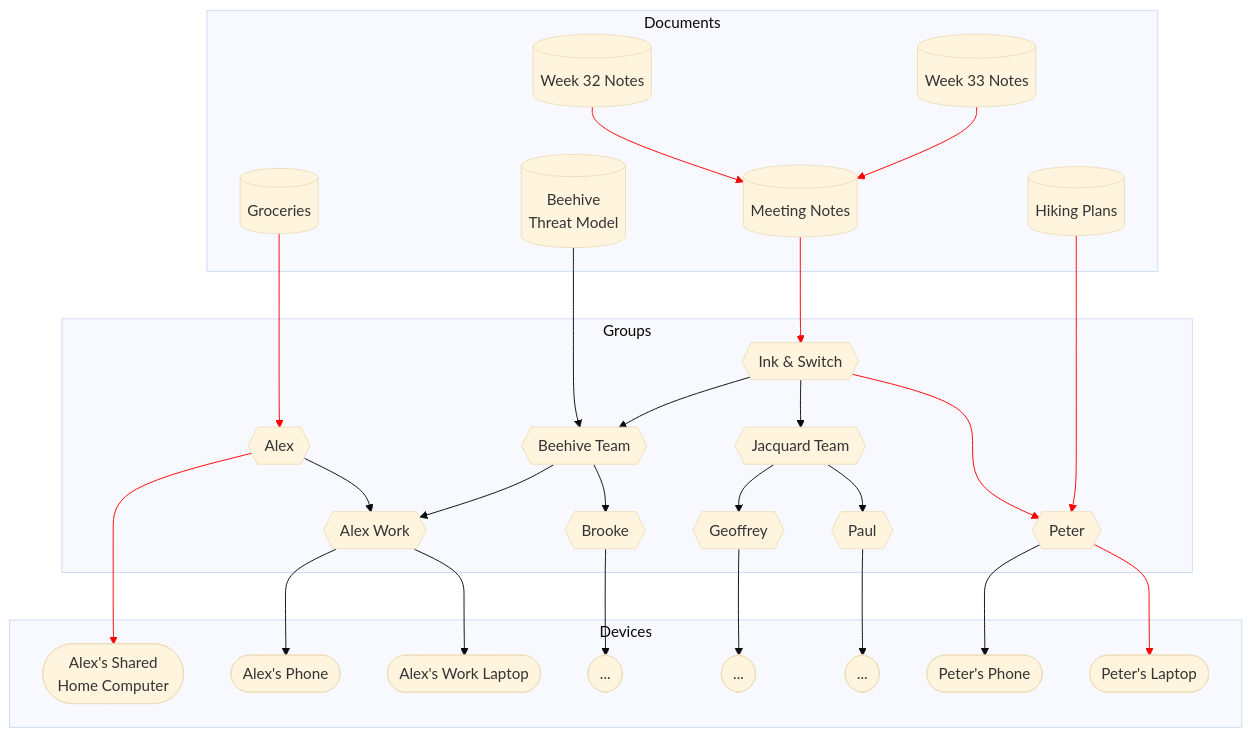
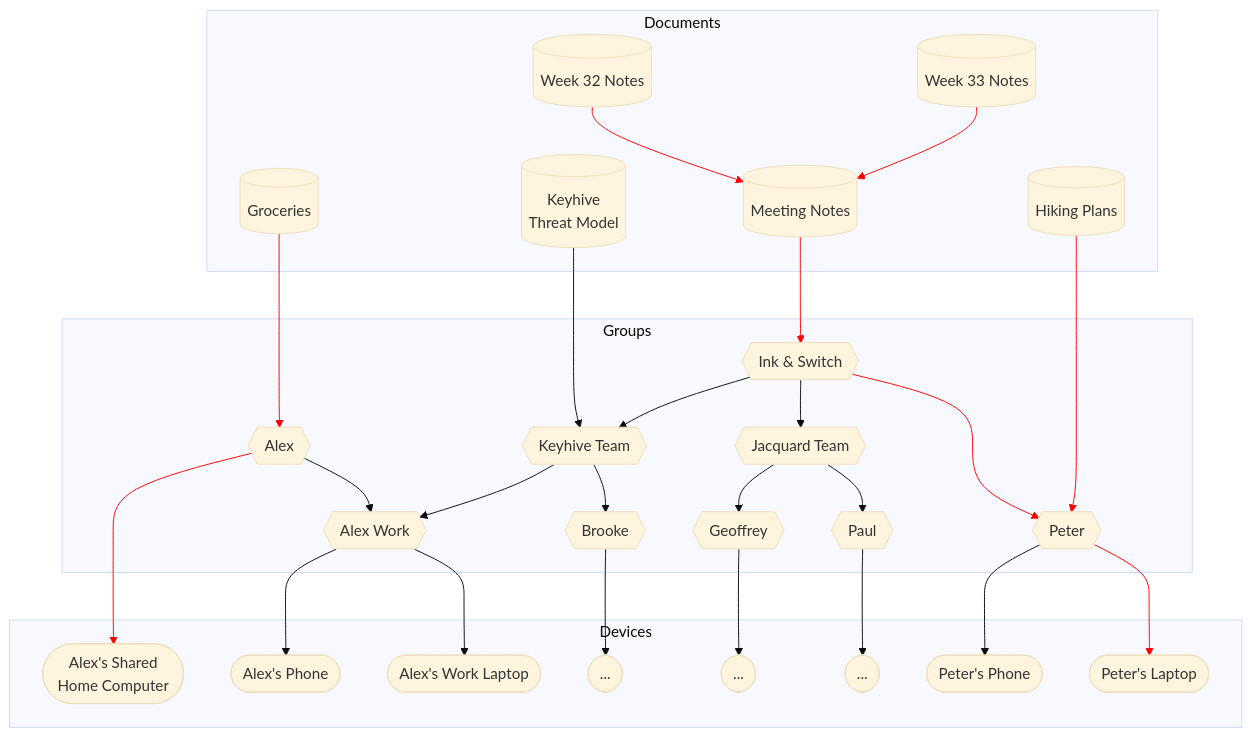
Before and after one commit to inkandswitch/keyhive: the first of 4 diagrams in design/collection_sync.md, drawn with Mermaid (base theme). The commit also changed 184 other files, not shown here.

Commit message:
Beehive -> Keyhive

````diff
--- a/design/collection_sync.md
+++ b/design/collection_sync.md
@@ -19,77 +19,77 @@
 ```mermaid
 flowchart
     subgraph Documents
         groceries[("Groceries")]
 
         hiking_plans[("Hiking Plans")]
-        threat_model[("Beehive\nThreat Model")]
+        threat_model[("Keyhive\nThreat Model")]
         meeting_notes[("Meeting Notes")]
 
         w32[("Week 32 Notes")]
         w33[("Week 33 Notes")]
     end
 
     subgraph Groups
         ias{{"Ink & Switch"}}
-        beehive{{"Beehive Team"}}
+        keyhive{{"Keyhive Team"}}
         jacquard{{"Jacquard Team"}}
 
         ajg{{"Alex"}}
         ajg_work{{"Alex Work"}}
 
         bez{{"Brooke"}}
         gl{{"Geoffrey"}}
         ps{{"Paul"}}
         pvh{{"Peter"}}
     end
 
     subgraph Devices
         alex_home(["Alex's Shared\nHome Computer"])
         alex_phone(["Alex's Phone"])
         alex_laptop(["Alex's Work Laptop"])
 
         bez_devices(["..."])
 
         gl_devices(["..."])
         ps_devices(["..."])
 
         pvh_phone(["Peter's Phone"])
         pvh_laptop(["Peter's Laptop"])
     end
 
     groceries --> ajg
     ajg --> alex_home
 
     ajg --> ajg_work
     ajg_work --> alex_phone
     ajg_work --> alex_laptop
 
     pvh --> pvh_laptop
     pvh --> pvh_phone
 
     bez --> bez_devices
 
     gl --> gl_devices
     ps --> ps_devices
 
     w32 --> meeting_notes
     w33 --> meeting_notes
 
     meeting_notes --> ias
-    threat_model --> beehive
+    threat_model --> keyhive
 
     ias --> pvh
-    ias --> beehive
+    ias --> keyhive
     ias --> jacquard
 
-    beehive --> ajg_work
-    beehive --> bez
+    keyhive --> ajg_work
+    keyhive --> bez
 
     jacquard --> gl
     jacquard --> ps
 
     hiking_plans --> pvh
     
     linkStyle 0,1 stroke:red;
     linkStyle 5,10,11,12,14,21 stroke:red;
 ```
````
